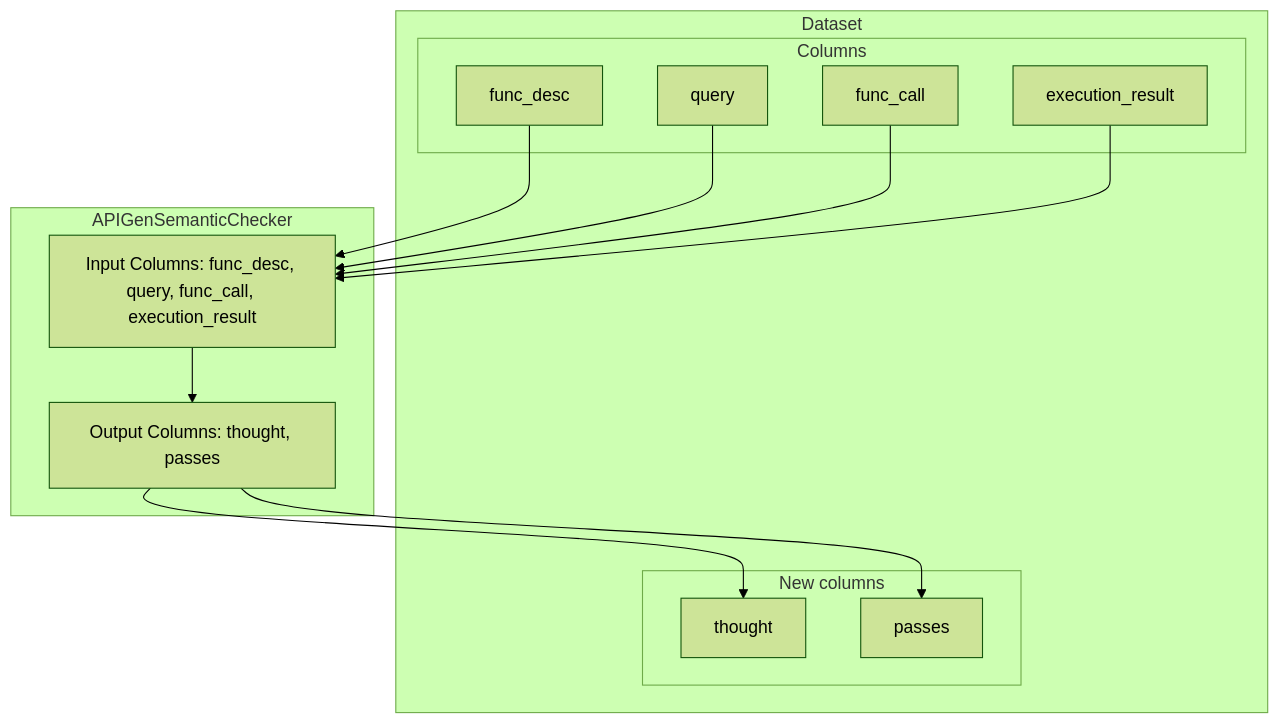
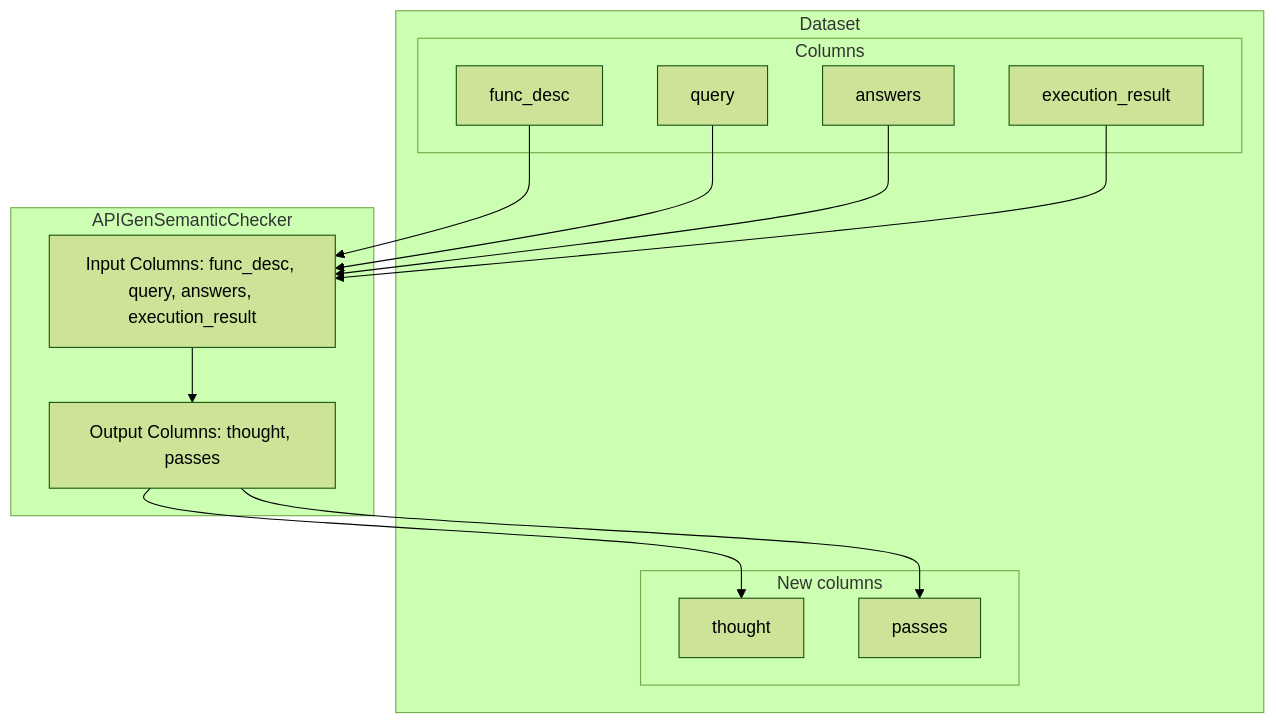
Before and after one commit to argilla-io/distilabel: the diagram in pr-925/components-gallery/tasks/apigensemanticchecker.md, drawn with Mermaid (forest theme). The commit also changed other lines of this file and 187 other files, not shown here.

````diff
--- a/pr-925/components-gallery/tasks/apigensemanticchecker.md
+++ b/pr-925/components-gallery/tasks/apigensemanticchecker.md
@@ -24,29 +29,29 @@
 ``` mermaid
 graph TD
 	subgraph Dataset
 		subgraph Columns
 			ICOL0[func_desc]
 			ICOL1[query]
-			ICOL2[func_call]
+			ICOL2[answers]
 			ICOL3[execution_result]
 		end
 		subgraph New columns
 			OCOL0[thought]
 			OCOL1[passes]
 		end
 	end
 
 	subgraph APIGenSemanticChecker
-		StepInput[Input Columns: func_desc, query, func_call, execution_result]
+		StepInput[Input Columns: func_desc, query, answers, execution_result]
 		StepOutput[Output Columns: thought, passes]
 	end
 
 	ICOL0 --> StepInput
 	ICOL1 --> StepInput
 	ICOL2 --> StepInput
 	ICOL3 --> StepInput
 	StepOutput --> OCOL0
 	StepOutput --> OCOL1
 	StepInput --> StepOutput
 
 ```
````
